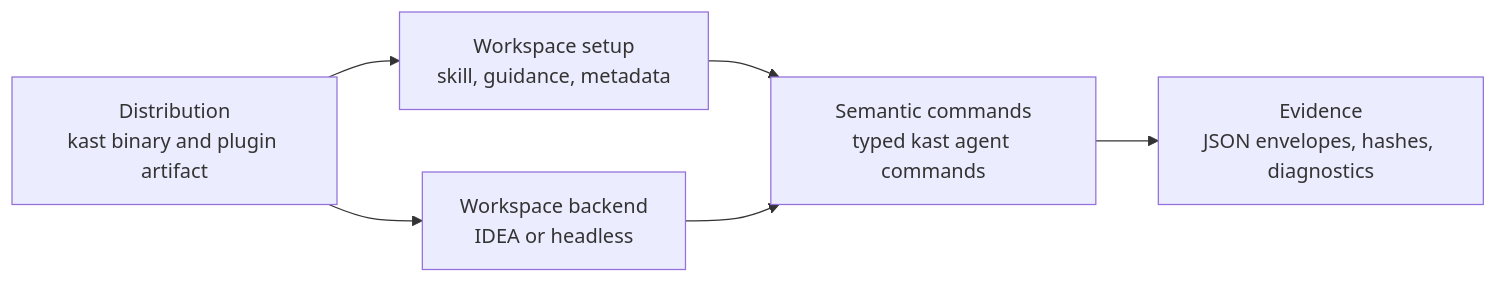
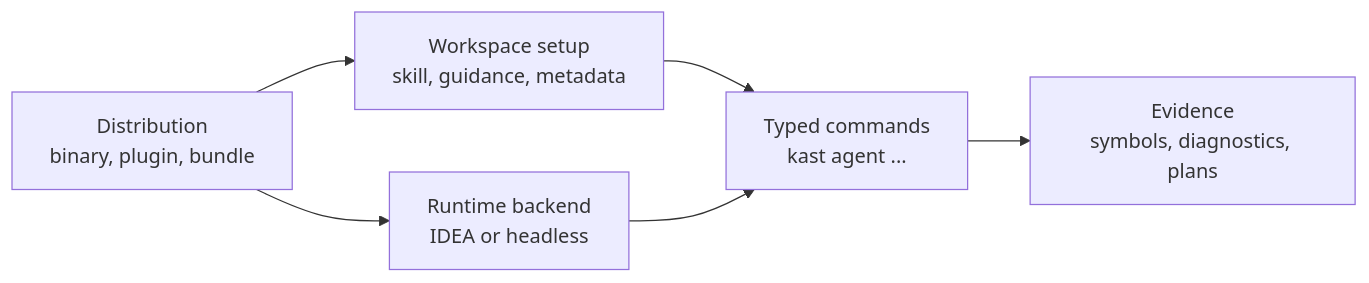
One commit to amichne/kast changed the diagram in docs/index.md. Above: the diagram before and after it, drawn with Mermaid. The commit also changed other lines of this file and 41 other files, not shown here.

Commit message:
refactor: reduce workspace setup surface

````diff
--- a/docs/index.md
+++ b/docs/index.md
@@ -53,14 +68,14 @@
 ```mermaid
 flowchart LR
-    machine["Distribution<br/>kast binary and plugin artifact"]
-    repo["Workspace setup<br/>skill, guidance, metadata"]
-    backend["Workspace backend<br/>IDEA or headless"]
-    commands["Semantic commands<br/>typed kast agent commands"]
-    evidence["Evidence<br/>JSON envelopes, hashes, diagnostics"]
+    distribution["Distribution<br/>binary, plugin, bundle"]
+    setup["Workspace setup<br/>skill, guidance, metadata"]
+    runtime["Runtime backend<br/>IDEA or headless"]
+    commands["Typed commands<br/>kast agent ..."]
+    evidence["Evidence<br/>symbols, diagnostics, plans"]
 
-    machine --> repo
-    machine --> backend
-    repo --> commands
-    backend --> commands
+    distribution --> setup
+    distribution --> runtime
+    setup --> commands
+    runtime --> commands
     commands --> evidence
 ```
````
